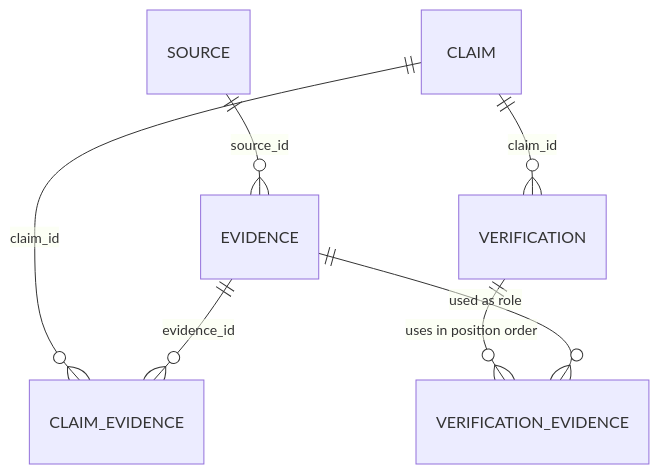
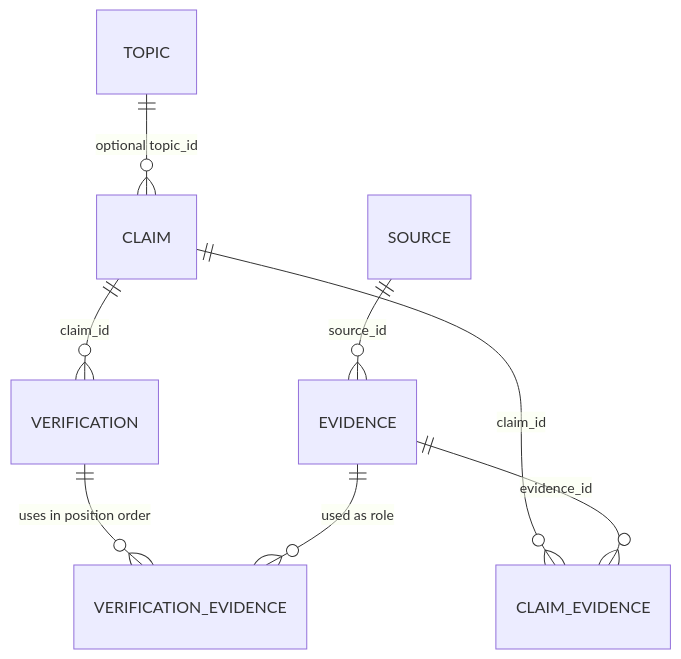
One commit to Dyuti60/assam-exam-ai changed the second of 3 diagrams in docs/architecture.md. Above: the diagram before and after it, drawn with Mermaid. The commit also changed other lines of this file and 13 other files, not shown here.

````diff
--- a/docs/architecture.md
+++ b/docs/architecture.md
@@ -52,9 +52,10 @@
 ```mermaid
 erDiagram
+    TOPIC ||--o{ CLAIM : "optional topic_id"
     SOURCE ||--o{ EVIDENCE : "source_id"
     CLAIM ||--o{ VERIFICATION : "claim_id"
     CLAIM ||--o{ CLAIM_EVIDENCE : "claim_id"
     EVIDENCE ||--o{ CLAIM_EVIDENCE : "evidence_id"
     VERIFICATION ||--o{ VERIFICATION_EVIDENCE : "uses in position order"
     EVIDENCE ||--o{ VERIFICATION_EVIDENCE : "used as role"
 ```
````
